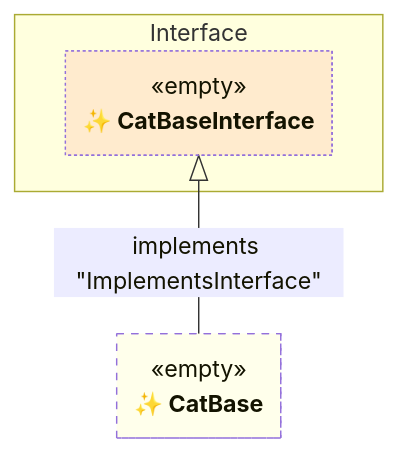
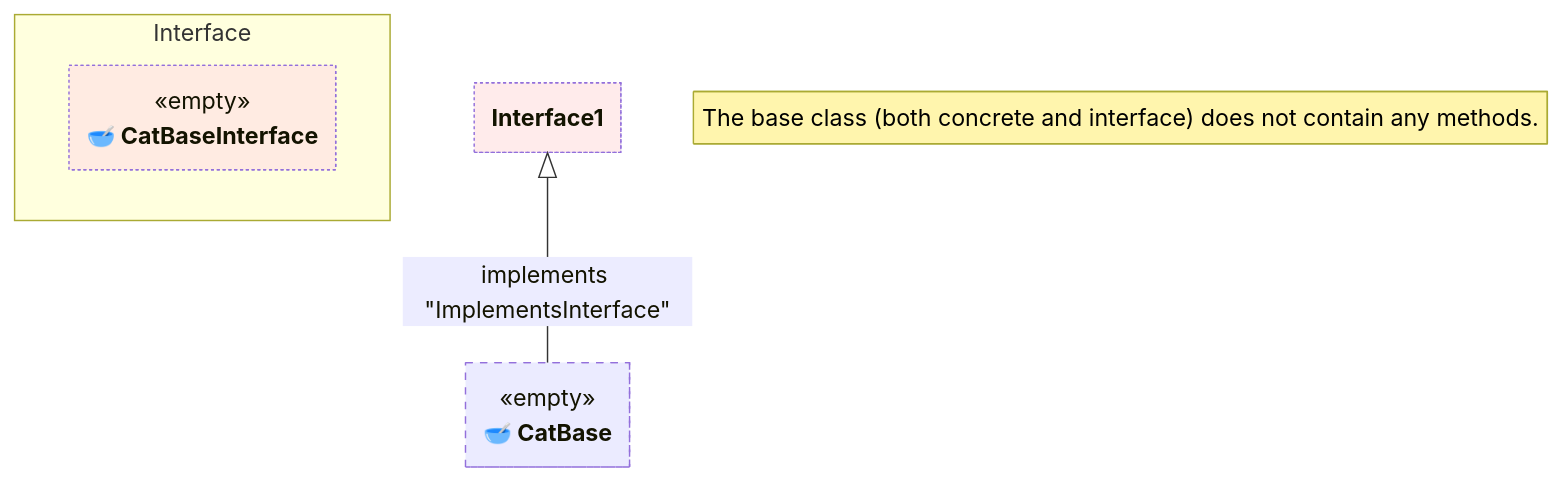
Before and after one commit to thecodecrate/python-pipeline: the fifth of 12 diagrams in tests/spec-001--class-composition-with-partial-classes.md, drawn with Mermaid. The commit also changed other lines of this file, not shown here.

````diff
--- a/tests/spec-001--class-composition-with-partial-classes.md
+++ b/tests/spec-001--class-composition-with-partial-classes.md
@@ -269,35 +275,39 @@
 ```mermaid
 ---
 config:
     class:
         hideEmptyMembersBox: true
 ---
 classDiagram
     namespace Interface {
-        class Interface1["✨ CatBaseInterface"] {
+        class InterfaceBase_["🥣 CatBaseInterface"] {
             <<empty>>
             %% Empty interface
         }
     }
 
-    class Base_["✨ CatBase"] {
+    class Base_["🥣 CatBase"] {
         <<empty>>
         %% Empty class
     }
+
+    %% Notes
+    note "The base class (both concrete and interface) does not contain any methods."
 
     %% Relationships
     Interface1 <|-- Base_ : implements "ImplementsInterface"
 
     %% Apply Styles
-    style Base_ fill:#ffff6020, stroke-dasharray: 5 5
+    style Base_ fill:#6060ff20, stroke-dasharray: 5 5
     style Composed_ bugfix:#111, stroke-width:2px, font-weight: bold
     style External1 bugfix:#111, stroke-width:2px, font-weight: bold
     style Partial1_ fill:#60ff6020, stroke-dasharray: 5 5
     style Partial2_ fill:#60ff6020, stroke-dasharray: 5 5
     style Partial3_ fill:#60ff6020, stroke-dasharray: 5 5
     style Partial4_ fill:#60ff6020, stroke-dasharray: 5 5
+    style InterfaceBase_ fill:#ff60ff20, stroke-dasharray: 2 2
     style Interface1 fill:#ff606020, stroke-dasharray: 2 2
     style Interface2 fill:#ff606020, stroke-dasharray: 2 2
     style Interface3 fill:#ff606020, stroke-dasharray: 2 2
     style Interface4 fill:#ff606020, stroke-dasharray: 2 2
 ```
````
